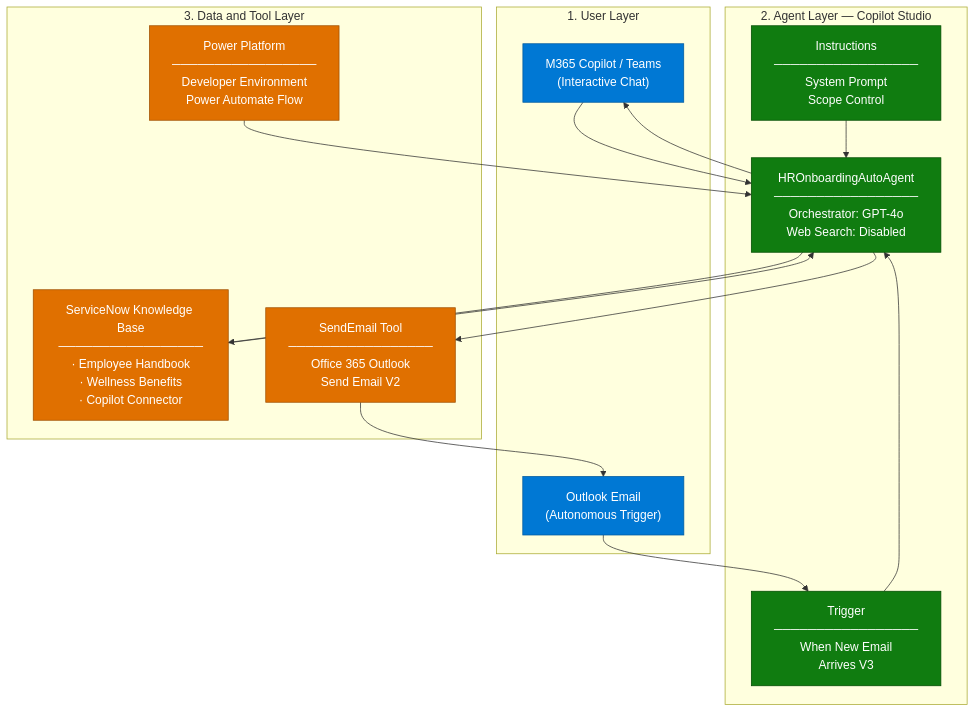
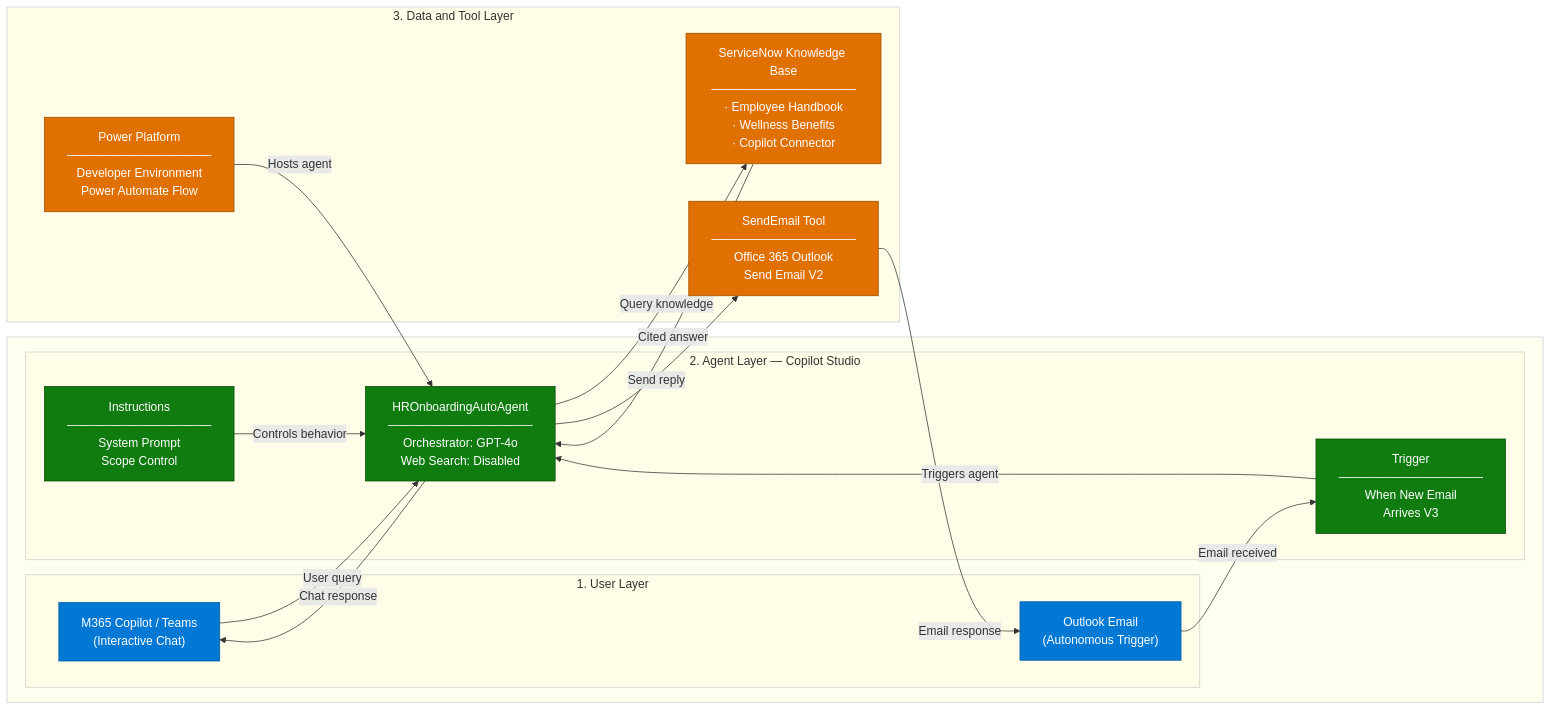
Before and after one commit to Seungjin-Ryu/Cloud-Accelerate-Factory-for-Agents-Runbooks: the first of 3 diagrams in 02-scenarios/HR-Onboarding-Agent/2. Architecture.md, drawn with Mermaid.

Commit message:
Update 2. Architecture.md

````diff
--- a/02-scenarios/HR-Onboarding-Agent/2. Architecture.md
+++ b/02-scenarios/HR-Onboarding-Agent/2. Architecture.md
@@ -11,39 +11,45 @@
 ```mermaid
-flowchart TD
-    subgraph USER["1. User Layer"]
-        U1["M365 Copilot / Teams<br/>(Interactive Chat)"]
-        U2["Outlook Email<br/>(Autonomous Trigger)"]
-    end
+flowchart LR
+    subgraph LEFT["&nbsp;"]
+        subgraph USER["1. User Layer"]
+            U1["M365 Copilot / Teams<br/>(Interactive Chat)"]
+            U2["Outlook Email<br/>(Autonomous Trigger)"]
+        end
 
-    subgraph AGENT["2. Agent Layer — Copilot Studio"]
-        IN["Instructions<br/>─────────────────<br/>System Prompt<br/>Scope Control"]
-        AG["HROnboardingAutoAgent<br/>─────────────────<br/>Orchestrator: GPT-4o<br/>Web Search: Disabled"]
-        TR["Trigger<br/>─────────────────<br/>When New Email<br/>Arrives V3"]
+        subgraph AGENT["2. Agent Layer — Copilot Studio"]
+            IN["Instructions<br/>─────────────────<br/>System Prompt<br/>Scope Control"]
+            AG["HROnboardingAutoAgent<br/>─────────────────<br/>Orchestrator: GPT-4o<br/>Web Search: Disabled"]
+            TR["Trigger<br/>─────────────────<br/>When New Email<br/>Arrives V3"]
+        end
     end
 
     subgraph DATA["3. Data and Tool Layer"]
+        PP["Power Platform<br/>─────────────────<br/>Developer Environment<br/>Power Automate Flow"]
         KB["ServiceNow Knowledge Base<br/>─────────────────<br/>· Employee Handbook<br/>· Wellness Benefits<br/>· Copilot Connector"]
         TL["SendEmail Tool<br/>─────────────────<br/>Office 365 Outlook<br/>Send Email V2"]
-        PP["Power Platform<br/>─────────────────<br/>Developer Environment<br/>Power Automate Flow"]
     end
 
-    U1 --> AG
-    U2 --> TR
-    TR --> AG
-    IN --> AG
-    AG --> KB
-    KB --> AG
-    AG --> TL
-    TL --> U2
-    AG --> U1
-    PP --> AG
+    U1 -->|"User query"| AG
+    U2 -->|"Email received"| TR
+    TR -->|"Triggers agent"| AG
+    IN -->|"Controls behavior"| AG
+    AG -->|"Query knowledge"| KB
+    KB -->|"Cited answer"| AG
+    AG -->|"Send reply"| TL
+    TL -->|"Email response"| U2
+    AG -->|"Chat response"| U1
+    PP -->|"Hosts agent"| AG
 
     style U1 fill:#0078D4,color:#fff,stroke:#005A9E
     style U2 fill:#0078D4,color:#fff,stroke:#005A9E
     style AG fill:#107C10,color:#fff,stroke:#004B00
     style TR fill:#107C10,color:#fff,stroke:#004B00
     style IN fill:#107C10,color:#fff,stroke:#004B00
     style KB fill:#E07000,color:#fff,stroke:#A05000
     style TL fill:#E07000,color:#fff,stroke:#A05000
     style PP fill:#E07000,color:#fff,stroke:#A05000
+    style LEFT fill:#fffff0,stroke:#ccc
+    style USER fill:#fffde7,stroke:#ccc
+    style AGENT fill:#fffde7,stroke:#ccc
+    style DATA fill:#fffde7,stroke:#ccc
 ```
````
